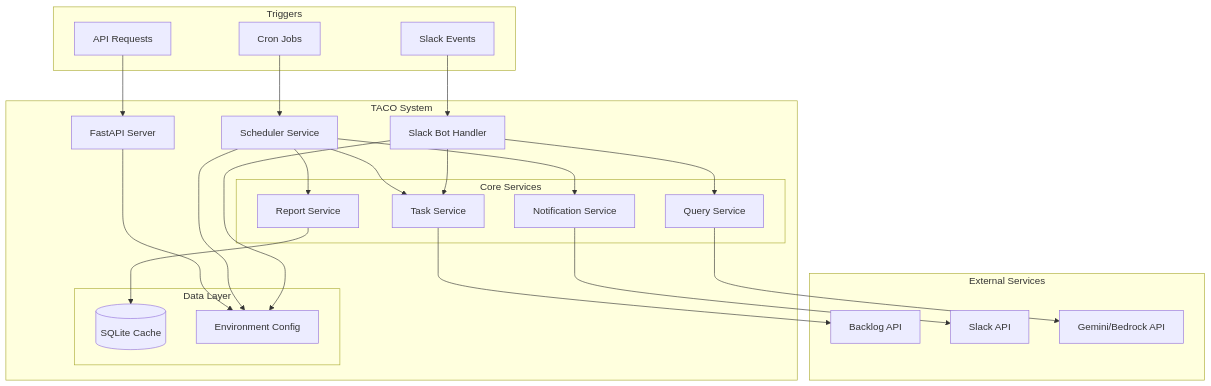
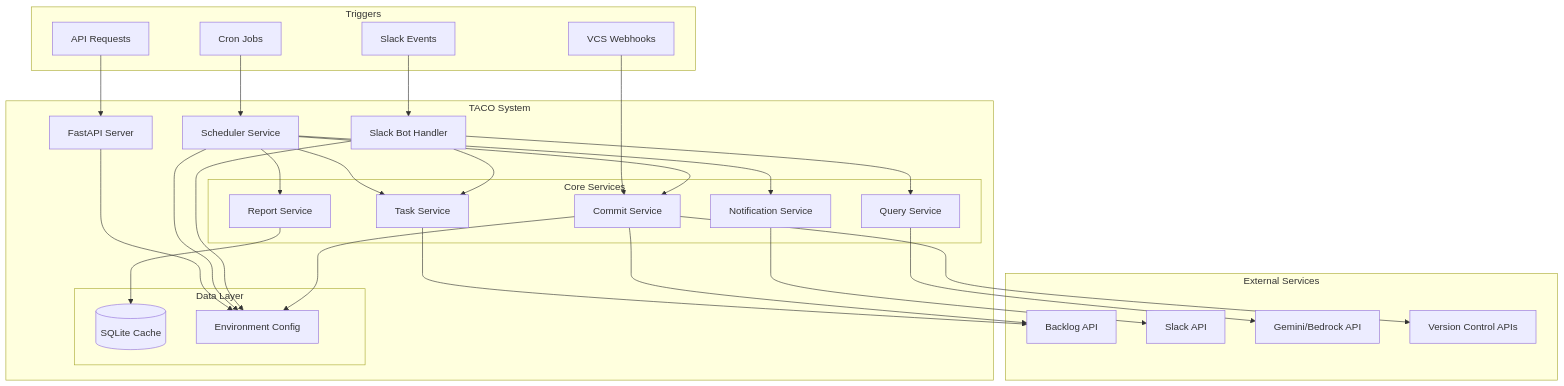
The first of 2 diagrams in .kiro/specs/taco-pmo-assistant/design.md (touch4645/taco), drawn with Mermaid before and after one commit. The commit also changed other lines of this file and 3 other files, not shown here.

````diff
--- a/.kiro/specs/taco-pmo-assistant/design.md
+++ b/.kiro/specs/taco-pmo-assistant/design.md
@@ -13,52 +13,60 @@
 ```mermaid
 graph TB
     subgraph "External Services"
         BL[Backlog API]
         SL[Slack API]
         AI[Gemini/Bedrock API]
+        VCS[Version Control APIs]
     end
-    
+
     subgraph "TACO System"
         API[FastAPI Server]
         SCH[Scheduler Service]
         BOT[Slack Bot Handler]
-        
+
         subgraph "Core Services"
             TS[Task Service]
             RS[Report Service]
             NS[Notification Service]
             QS[Query Service]
+            CS[Commit Service]
         end
-        
+
         subgraph "Data Layer"
             CACHE[(SQLite Cache)]
             CONFIG[Environment Config]
         end
     end
-    
+
     subgraph "Triggers"
         CRON[Cron Jobs]
         SLACK_EVENTS[Slack Events]
         API_CALLS[API Requests]
+        WEBHOOKS[VCS Webhooks]
     end
-    
+
     CRON --> SCH
     SLACK_EVENTS --> BOT
     API_CALLS --> API
-    
+    WEBHOOKS --> CS
+
     SCH --> TS
     SCH --> RS
     SCH --> NS
-    
+    SCH --> CS
+
     BOT --> QS
     BOT --> TS
-    
+
     TS --> BL
     NS --> SL
     QS --> AI
     RS --> CACHE
-    
+    CS --> VCS
+    CS --> BL
+
     API --> CONFIG
     SCH --> CONFIG
     BOT --> CONFIG
+    CS --> CONFIG
 ```
````
